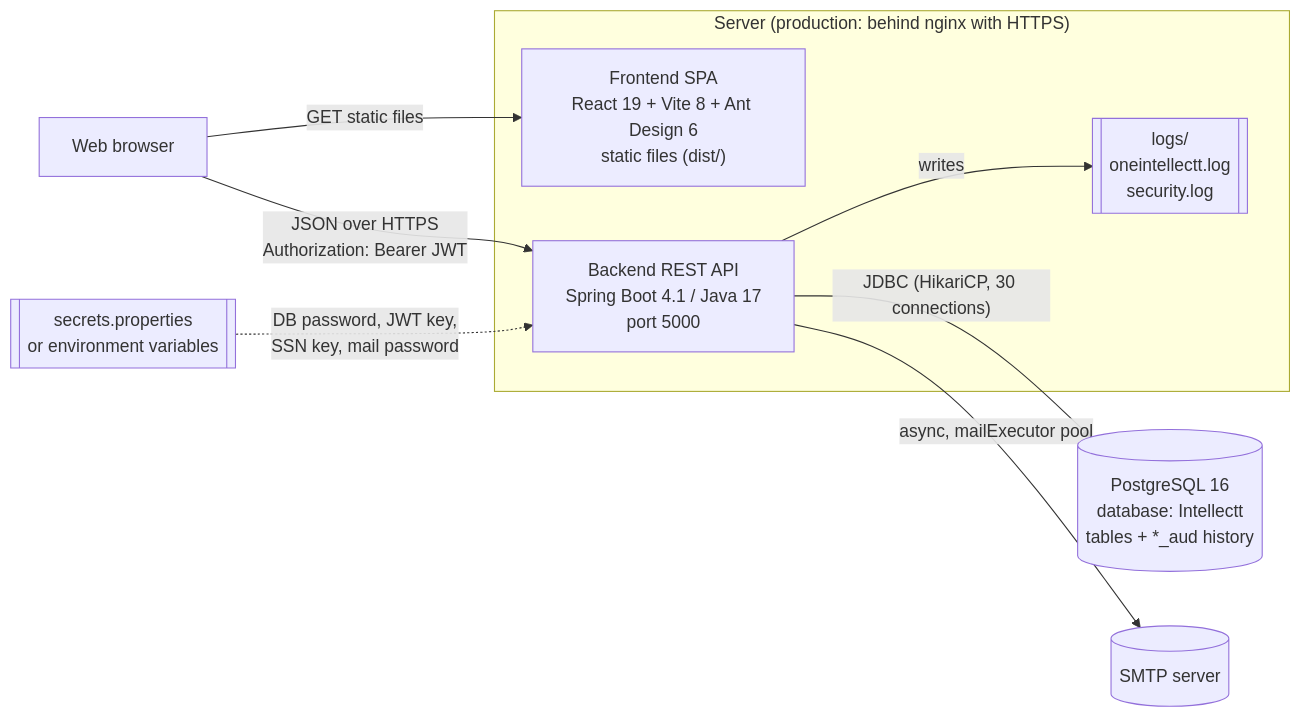
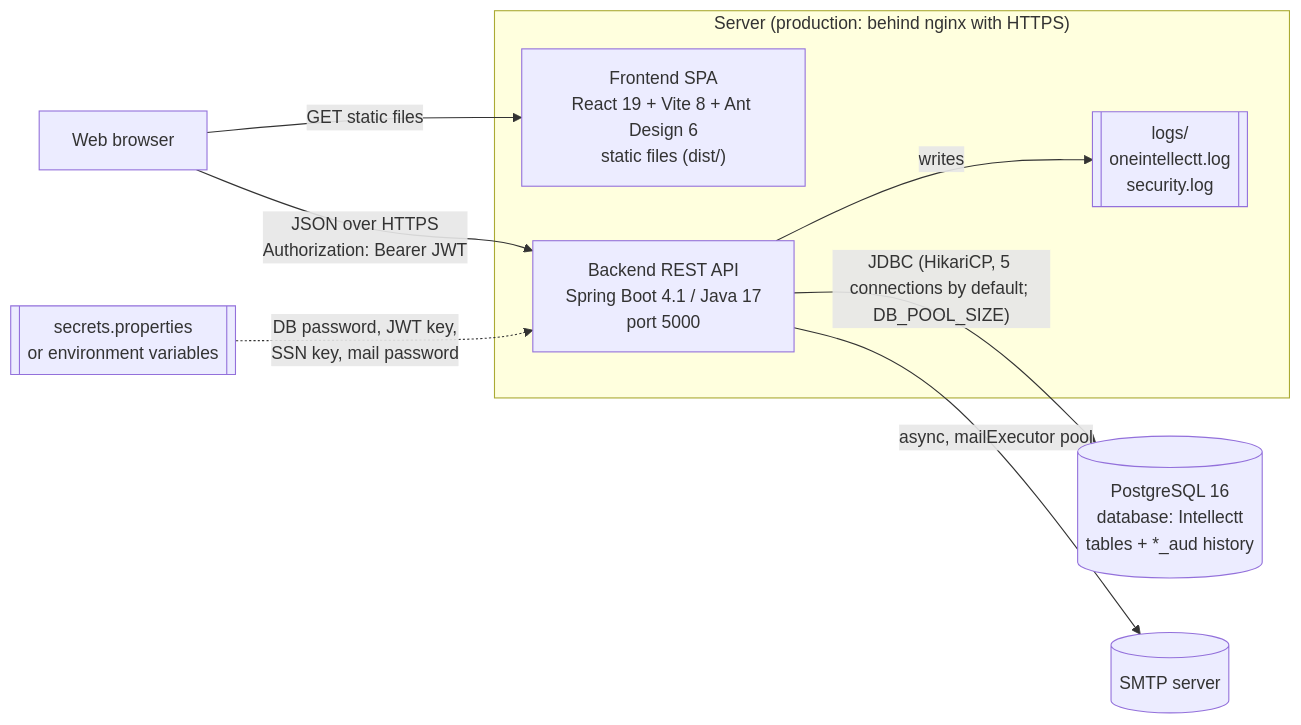
One commit to Yatish-7/Candidate-OnBoarding-Portal changed the second of 10 diagrams in OneIntellectt/docs/ARCHITECTURE.md. Above: the diagram before and after it, drawn with Mermaid. The commit also changed other lines of this file and 41 other files, not shown here.

````diff
--- a/OneIntellectt/docs/ARCHITECTURE.md
+++ b/OneIntellectt/docs/ARCHITECTURE.md
@@ -46,19 +46,19 @@
 ```mermaid
 flowchart LR
     B["Web browser"]
     subgraph Server["Server (production: behind nginx with HTTPS)"]
         FE["Frontend SPA<br/>React 19 + Vite 8 + Ant Design 6<br/>static files (dist/)"]
         API["Backend REST API<br/>Spring Boot 4.1 / Java 17<br/>port 5000"]
         LOG[["logs/<br/>oneintellectt.log<br/>security.log"]]
     end
     DB[("PostgreSQL 16<br/>database: Intellectt<br/>tables + *_aud history")]
     SMTP[("SMTP server")]
     SEC[["secrets.properties<br/>or environment variables"]]
 
     B -- "GET static files" --> FE
     B -- "JSON over HTTPS<br/>Authorization: Bearer JWT" --> API
-    API -- "JDBC (HikariCP, 30 connections)" --> DB
+    API -- "JDBC (HikariCP, 5 connections by default; DB_POOL_SIZE)" --> DB
     API -- "async, mailExecutor pool" --> SMTP
     API -- writes --> LOG
     SEC -. "DB password, JWT key,<br/>SSN key, mail password" .-> API
 ```
````
